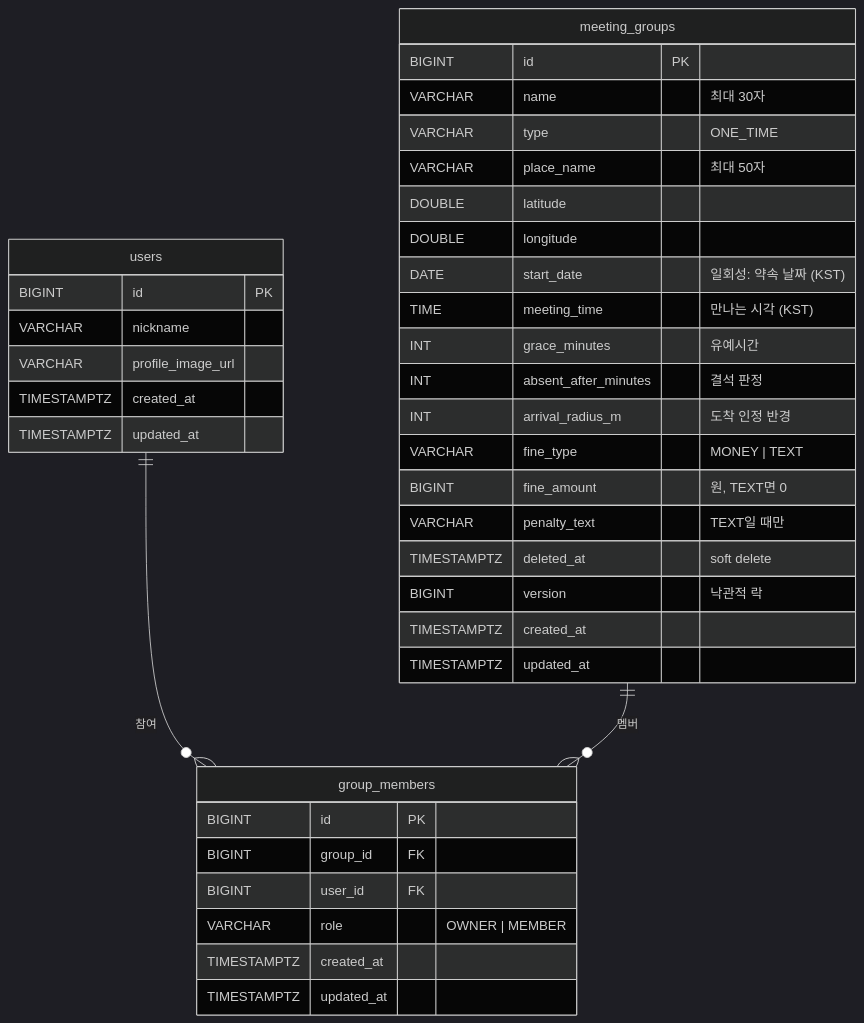
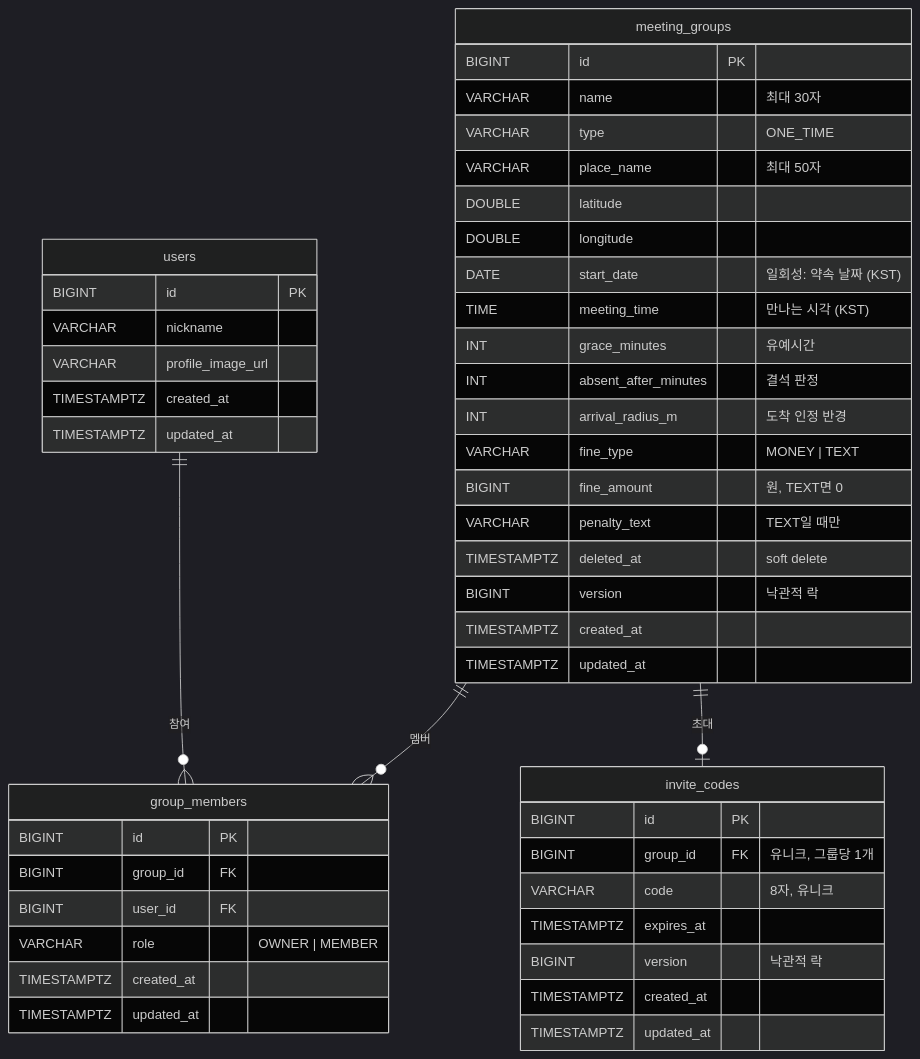
One commit to dkegldh/OnTime changed the diagram in README.md. Above: the diagram before and after it, drawn with Mermaid (dark theme). The commit also changed other lines of this file, not shown here.

````diff
--- a/README.md
+++ b/README.md
@@ -32,41 +32,51 @@
 ```mermaid
 erDiagram
     users ||--o{ group_members : "참여"
     meeting_groups ||--o{ group_members : "멤버"
+    meeting_groups ||--o| invite_codes : "초대"
 
     users {
         BIGINT id PK
         VARCHAR nickname
         VARCHAR profile_image_url
         TIMESTAMPTZ created_at
         TIMESTAMPTZ updated_at
     }
     meeting_groups {
         BIGINT id PK
         VARCHAR name "최대 30자"
         VARCHAR type "ONE_TIME"
         VARCHAR place_name "최대 50자"
         DOUBLE latitude
         DOUBLE longitude
         DATE start_date "일회성: 약속 날짜 (KST)"
         TIME meeting_time "만나는 시각 (KST)"
         INT grace_minutes "유예시간"
         INT absent_after_minutes "결석 판정"
         INT arrival_radius_m "도착 인정 반경"
         VARCHAR fine_type "MONEY | TEXT"
         BIGINT fine_amount "원, TEXT면 0"
         VARCHAR penalty_text "TEXT일 때만"
         TIMESTAMPTZ deleted_at "soft delete"
         BIGINT version "낙관적 락"
         TIMESTAMPTZ created_at
         TIMESTAMPTZ updated_at
     }
     group_members {
         BIGINT id PK
         BIGINT group_id FK
         BIGINT user_id FK
         VARCHAR role "OWNER | MEMBER"
         TIMESTAMPTZ created_at
         TIMESTAMPTZ updated_at
     }
+    invite_codes {
+        BIGINT id PK
+        BIGINT group_id FK "유니크, 그룹당 1개"
+        VARCHAR code "8자, 유니크"
+        TIMESTAMPTZ expires_at
+        BIGINT version "낙관적 락"
+        TIMESTAMPTZ created_at
+        TIMESTAMPTZ updated_at
+    }
 ```
````
